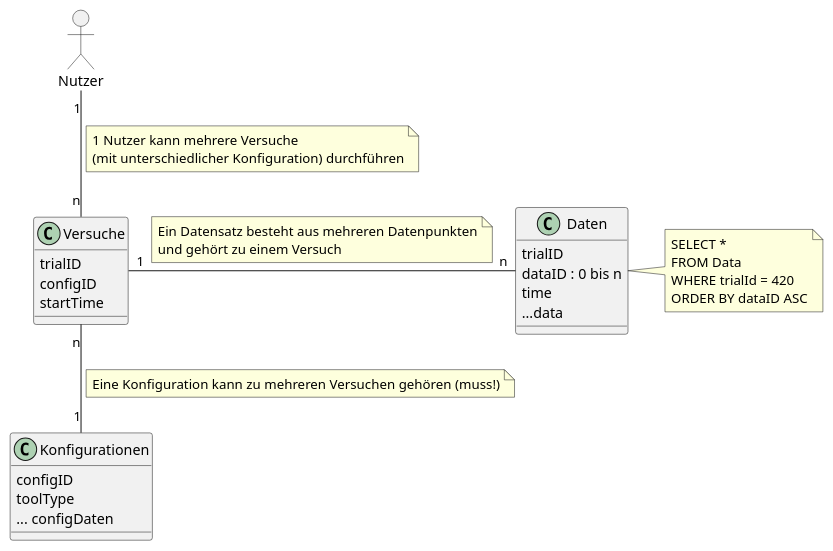
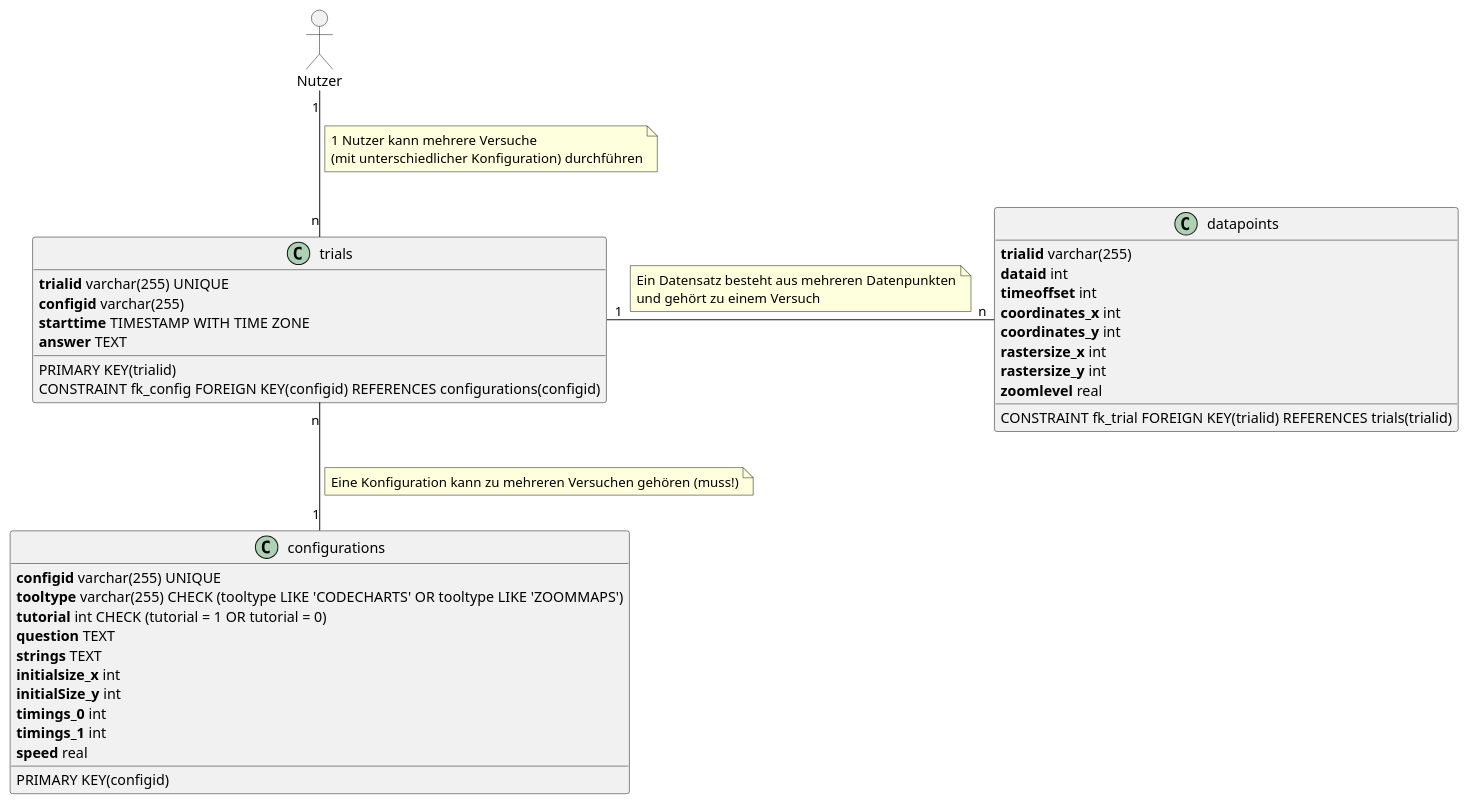
One commit to weichware-10/dokumente changed the diagram in uml-class/sonstige/database.puml. Above: the diagram before and after it, drawn with PlantUML. The commit also changed 7 other files, not shown here.

```diff
--- a/uml-class/sonstige/database.puml
+++ b/uml-class/sonstige/database.puml
@@ -1,46 +1,59 @@
 @startuml database
 
 allowmixing
 
 actor "Nutzer" as n
 
-class "Konfigurationen" as k {
-    configID
-    toolType
-    ... configDaten
-}
-class "Versuche" as v {
-    trialID
-    configID
-    startTime
+class "configurations" as c {
+    **configid** varchar(255) UNIQUE
+    **tooltype** varchar(255) CHECK (tooltype LIKE 'CODECHARTS' OR tooltype LIKE 'ZOOMMAPS')
+    **tutorial** int CHECK (tutorial = 1 OR tutorial = 0)
+    **question** TEXT
+    **strings** TEXT
+    **initialsize_x** int
+    **initialSize_y** int
+    **timings_0** int
+    **timings_1** int
+    **speed** real
+    __
+    PRIMARY KEY(configid)
 }
 
-class "Daten" as d {
-    trialID
-    dataID : 0 bis n
-    time
-    ...data
+class "trials" as t {
+    **trialid** varchar(255) UNIQUE
+    **configid** varchar(255)
+    **starttime** TIMESTAMP WITH TIME ZONE
+    **answer** TEXT
+    __
+    PRIMARY KEY(trialid)
+    CONSTRAINT fk_config FOREIGN KEY(configid) REFERENCES configurations(configid)
 }
 
-n "1" -- "n" v
+class "datapoints" as d {
+    **trialid** varchar(255)
+    **dataid** int
+    **timeoffset** int
+    **coordinates_x** int
+    **coordinates_y** int
+    **rastersize_x** int
+    **rastersize_y** int
+    **zoomlevel** real
+    __
+    CONSTRAINT fk_trial FOREIGN KEY(trialid) REFERENCES trials(trialid)
+}
+
+n "1" -- "n" t
 note on link
     1 Nutzer kann mehrere Versuche
     (mit unterschiedlicher Konfiguration) durchführen
 end note
-v "1" -r- "n" d
+t "1" -r- "n" d
 note on link
     Ein Datensatz besteht aus mehreren Datenpunkten
     und gehört zu einem Versuch
 end note
-v "n" -- "1" k
+t "n" -- "1" c
 note on link
     Eine Konfiguration kann zu mehreren Versuchen gehören (muss!)
 end note
-
-note right of d
-    SELECT *
-    FROM Data
-    WHERE trialId = 420
-    ORDER BY dataID ASC
-end note
 @enduml
```
